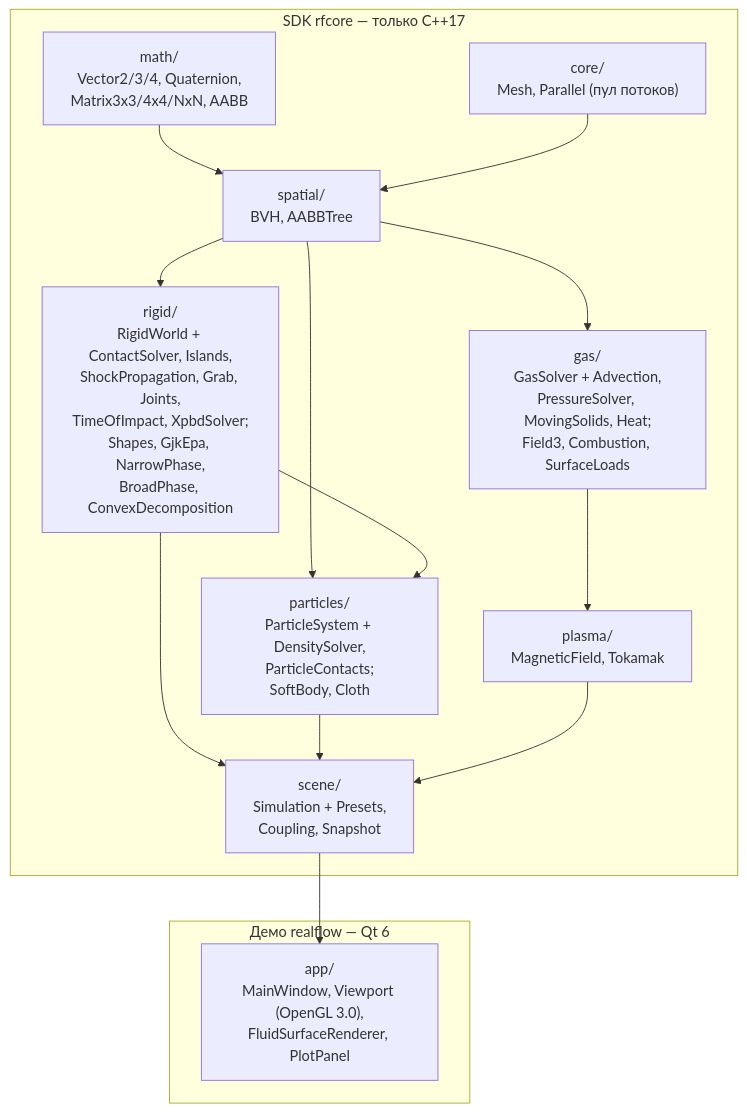
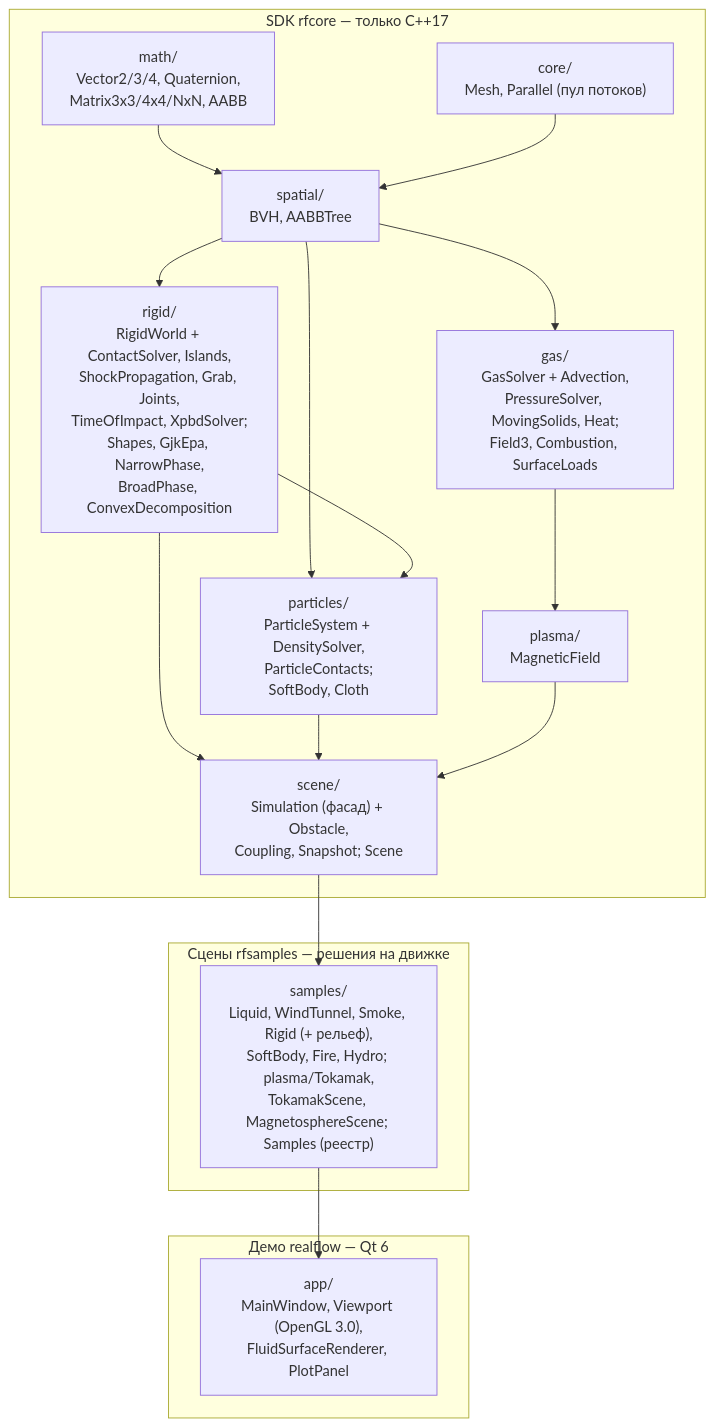
The diagram in docs/README.md (werasaimon/phys_realflow), drawn with Mermaid before and after one commit. The commit also changed other lines of this file and 42 other files, not shown here.

````diff
--- a/docs/README.md
+++ b/docs/README.md
@@ -38,27 +38,31 @@
 ```mermaid
 flowchart TB
     subgraph SDK["SDK rfcore — только C++17"]
         math["math/<br/>Vector2/3/4, Quaternion,<br/>Matrix3x3/4x4/NxN, AABB"]
         core["core/<br/>Mesh, Parallel (пул потоков)"]
         spatial["spatial/<br/>BVH, AABBTree"]
         rigid["rigid/<br/>RigidWorld + ContactSolver, Islands,<br/>ShockPropagation, Grab, Joints,<br/>TimeOfImpact, XpbdSolver;<br/>Shapes, GjkEpa, NarrowPhase,<br/>BroadPhase, ConvexDecomposition"]
         particles["particles/<br/>ParticleSystem + DensitySolver,<br/>ParticleContacts;<br/>SoftBody, Cloth"]
         gas["gas/<br/>GasSolver + Advection,<br/>PressureSolver, MovingSolids, Heat;<br/>Field3, Combustion, SurfaceLoads"]
-        plasma["plasma/<br/>MagneticField, Tokamak"]
-        scene["scene/<br/>Simulation + Presets,<br/>Coupling, Snapshot"]
+        plasma["plasma/<br/>MagneticField"]
+        scene["scene/<br/>Simulation (фасад) + Obstacle,<br/>Coupling, Snapshot; Scene"]
         math --> spatial
         core --> spatial
         spatial --> rigid
         spatial --> particles
         spatial --> gas
         gas --> plasma
         rigid --> particles
         rigid --> scene
         particles --> scene
         plasma --> scene
     end
+    subgraph SAMPLES["Сцены rfsamples — решения на движке"]
+        samples["samples/<br/>Liquid, WindTunnel, Smoke, Rigid (+ рельеф),<br/>SoftBody, Fire, Hydro; plasma/Tokamak,<br/>TokamakScene, MagnetosphereScene; Samples (реестр)"]
+    end
     subgraph APP["Демо realflow — Qt 6"]
         app["app/<br/>MainWindow, Viewport (OpenGL 3.0),<br/>FluidSurfaceRenderer, PlotPanel"]
     end
-    scene --> app
+    scene --> samples
+    samples --> app
 ```
````
